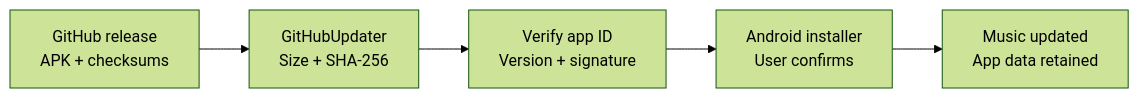
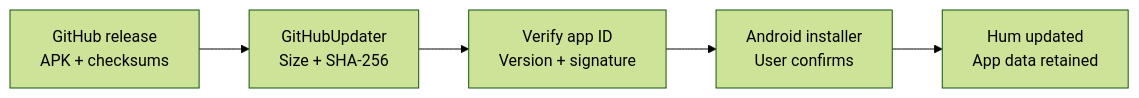
Before and after one commit to Pradyumna-RN/omni_play: the fourth of 4 diagrams in README.md, drawn with Mermaid (forest theme). The commit also changed other lines of this file and 8 other files, not shown here.

````diff
--- a/README.md
+++ b/README.md
@@ -325,7 +325,7 @@
 ```mermaid
 flowchart LR
     RELEASE["GitHub release<br/>APK + checksums"] --> UPDATE["GitHubUpdater<br/>Size + SHA-256"]
     UPDATE --> IDENTITY["Verify app ID<br/>Version + signature"]
     IDENTITY --> INSTALL["Android installer<br/>User confirms"]
-    INSTALL --> APP["Music updated<br/>App data retained"]
+    INSTALL --> APP["Hum updated<br/>App data retained"]
 ```
````
